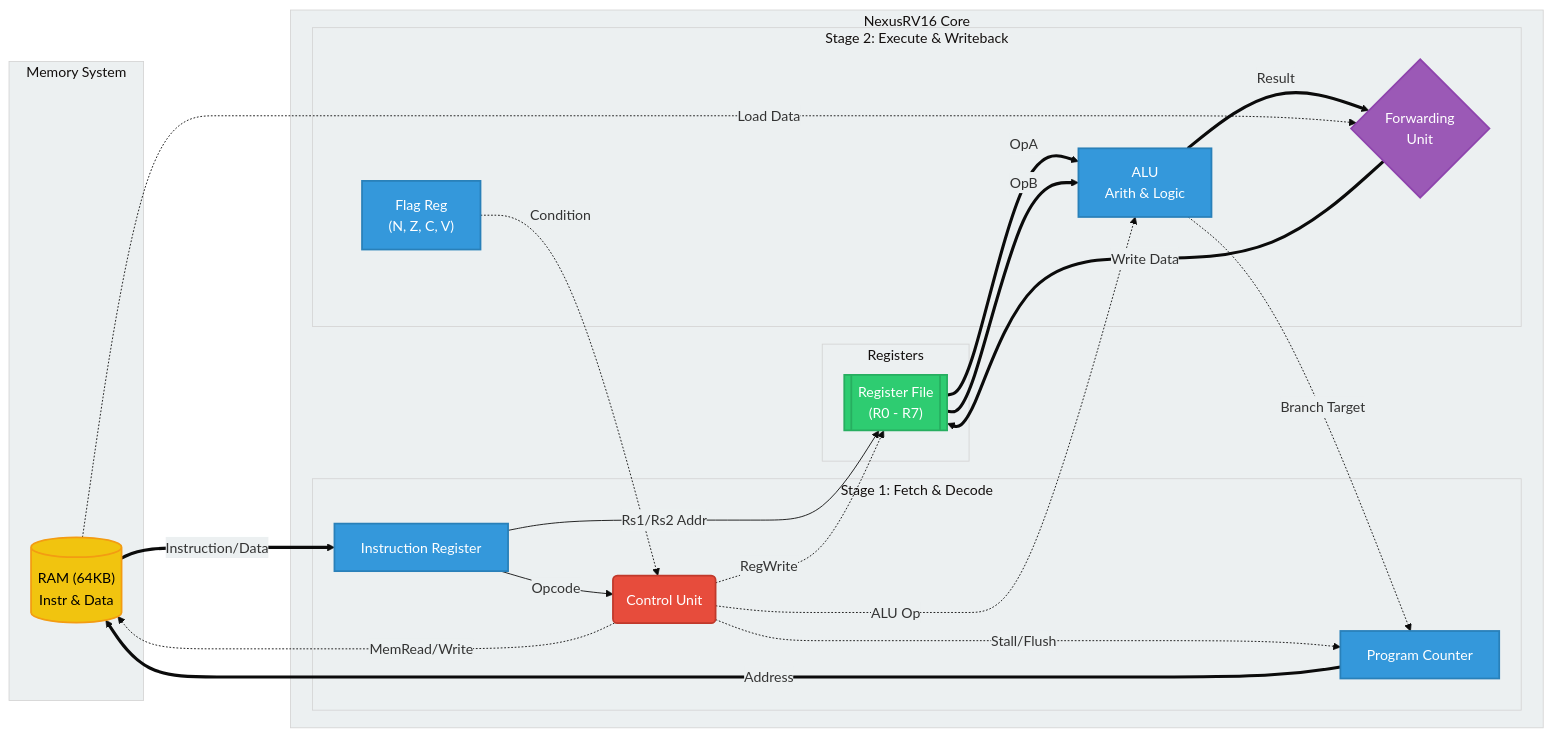
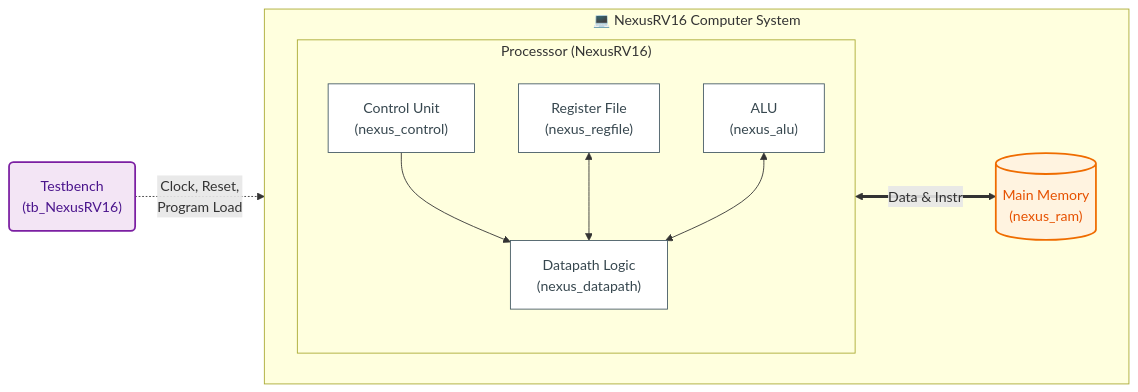
The diagram in README.md (musakartalengin/NexusRV16), drawn with Mermaid before and after one commit.

Commit message:
Update README with simplified block diagram

````diff
--- a/README.md
+++ b/README.md
@@ -15,57 +15,34 @@
 ```mermaid
-%%{init: {'theme': 'base', 'themeVariables': { 'primaryColor': '#2C3E50', 'edgeLabelBackground':'#ecf0f1', 'tertiaryColor': '#ecf0f1'}}}%%
 graph LR
-    %% Stil Tanımları
-    classDef memory fill:#f1c40f,stroke:#f39c12,stroke-width:2px,color:black;
-    classDef control fill:#e74c3c,stroke:#c0392b,stroke-width:2px,color:white;
-    classDef datapath fill:#3498db,stroke:#2980b9,stroke-width:2px,color:white;
-    classDef regfile fill:#2ecc71,stroke:#27ae60,stroke-width:2px,color:white;
-    classDef writeback fill:#9b59b6,stroke:#8e44ad,stroke-width:2px,color:white;
+    %% Stil Tanımları - Temiz ve Modern
+    classDef cpu fill:#e3f2fd,stroke:#1565c0,stroke-width:2px,color:#1565c0;
+    classDef memory fill:#fff3e0,stroke:#ef6c00,stroke-width:2px,color:#e65100;
+    classDef module fill:#ffffff,stroke:#455a64,stroke-width:1px,color:#37474f;
+    classDef test fill:#f3e5f5,stroke:#7b1fa2,stroke-width:2px,color:#4a148c;
 
-    subgraph MEMORY_SYSTEM [Memory System]
-        RAM[("RAM (64KB)<br>Instr & Data")]:::memory
+    subgraph SYSTEM ["💻 NexusRV16 Computer System"]
+        direction LR
+
+        subgraph CPU_WRAPPER ["Processsor (NexusRV16)"]
+            direction TB
+            
+            CTRL["Control Unit<br>(nexus_control)"]:::module
+            ALU["ALU<br>(nexus_alu)"]:::module
+            REGS["Register File<br>(nexus_regfile)"]:::module
+            DP["Datapath Logic<br>(nexus_datapath)"]:::module
+
+            CTRL --> DP
+            REGS <--> DP
+            ALU <--> DP
+        end
+        class CPU_WRAPPER cpu
+
+        RAM[("Main Memory<br>(nexus_ram)")]:::memory
+        
+        CPU_WRAPPER <==>|"Data & Instr"| RAM
     end
 
-    subgraph CPU_CORE [NexusRV16 Core]
-        
-        subgraph FETCH_DECODE [Stage 1: Fetch & Decode]
-            PC[Program Counter]:::datapath
-            IR[Instruction Register]:::datapath
-            CTRL(Control Unit):::control
-        end
+    TB("Testbench<br>(tb_NexusRV16)"):::test
+    TB -.->|"Clock, Reset,<br>Program Load"| SYSTEM
 
-        subgraph REGISTER_FILE [Registers]
-            REGS[["Register File<br>(R0 - R7)"]]:::regfile
-        end
-
-    subgraph EXECUTE_WB [Stage 2: Execute & Writeback]
-            ALU["ALU<br>Arith & Logic"]:::datapath
-            FLAGS["Flag Reg<br>(N, Z, C, V)"]:::datapath
-            FORWARD{"Forwarding<br>Unit"}:::writeback
-    end
-
-        %% Data Flow
-        PC ==>|Address| RAM
-        RAM ==>|Instruction/Data| IR
-        IR -->|Opcode| CTRL
-        IR -->|Rs1/Rs2 Addr| REGS
-        REGS ==>|OpA| ALU
-        REGS ==>|OpB| ALU
-        
-        %% Forwarding & WB
-        ALU ==>|Result| FORWARD
-        RAM -.->|Load Data| FORWARD
-        FORWARD ==>|Write Data| REGS
-        
-        %% Control Flow
-        CTRL -.->|Stall/Flush| PC
-        CTRL -.->|RegWrite| REGS
-        CTRL -.->|ALU Op| ALU
-        CTRL -.->|MemRead/Write| RAM
-        
-        %% Branching
-        FLAGS -.->|Condition| CTRL
-        ALU -.->|Branch Target| PC
-
-    end
 ```
````
